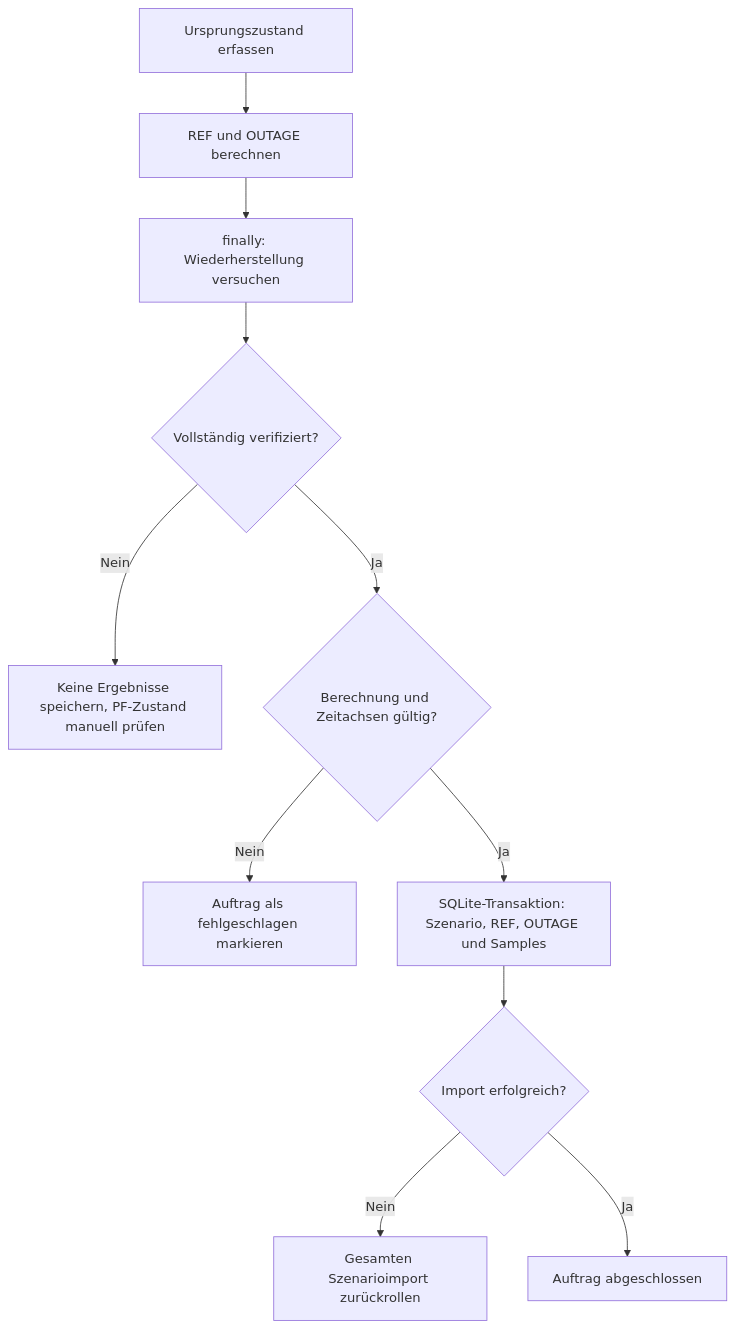
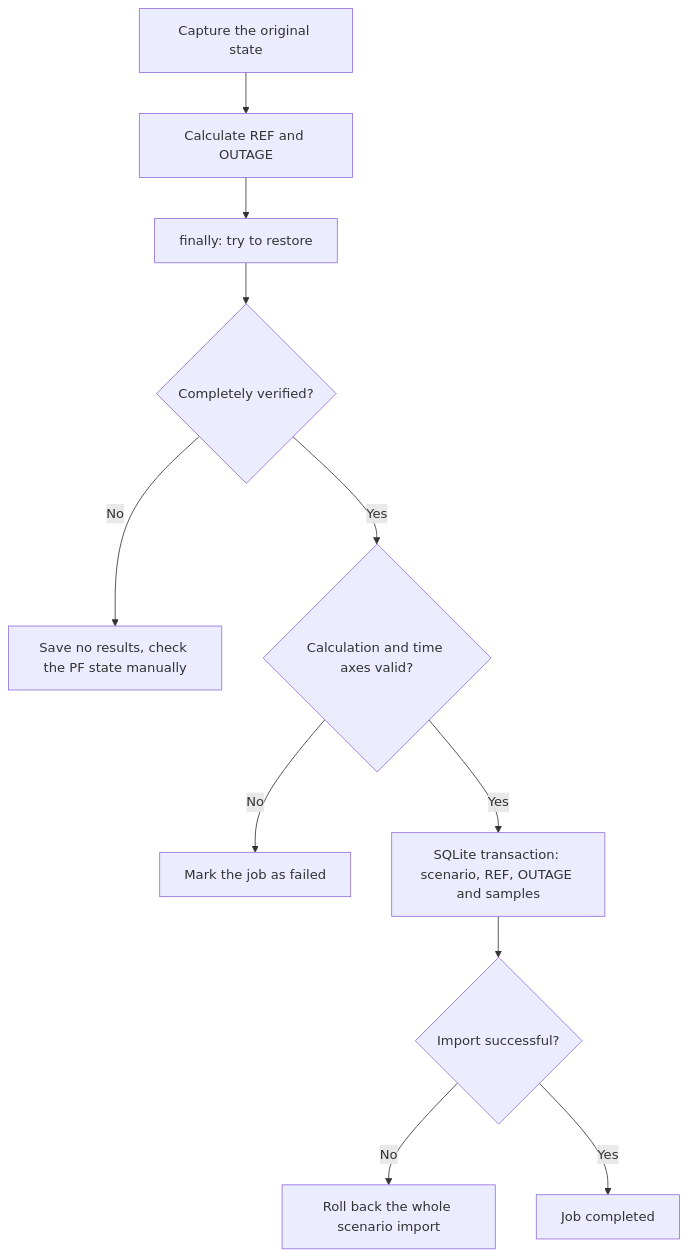
The fourth of 11 diagrams in BIG_PICTURE.md (hadiibrahim-Engin/nahriva-grid-analysis), drawn with Mermaid before and after one commit. The commit also changed other lines of this file and 186 other files, not shown here.

````diff
--- a/BIG_PICTURE.md
+++ b/BIG_PICTURE.md
@@ -125,13 +116,13 @@
 ```mermaid
 flowchart TD
-    Capture[Ursprungszustand erfassen] --> Run[REF und OUTAGE berechnen]
-    Run --> Finally[finally: Wiederherstellung versuchen]
-    Finally --> Restore{Vollständig verifiziert?}
-    Restore -->|Nein| Reject[Keine Ergebnisse speichern, PF-Zustand manuell prüfen]
-    Restore -->|Ja| CalcOK{Berechnung und Zeitachsen gültig?}
-    CalcOK -->|Nein| Failed[Auftrag als fehlgeschlagen markieren]
-    CalcOK -->|Ja| Tx[SQLite-Transaktion: Szenario, REF, OUTAGE und Samples]
-    Tx --> DBOK{Import erfolgreich?}
-    DBOK -->|Nein| Rollback[Gesamten Szenarioimport zurückrollen]
-    DBOK -->|Ja| Done[Auftrag abgeschlossen]
+    Capture[Capture the original state] --> Run[Calculate REF and OUTAGE]
+    Run --> Finally[finally: try to restore]
+    Finally --> Restore{Completely verified?}
+    Restore -->|No| Reject[Save no results, check the PF state manually]
+    Restore -->|Yes| CalcOK{Calculation and time axes valid?}
+    CalcOK -->|No| Failed[Mark the job as failed]
+    CalcOK -->|Yes| Tx[SQLite transaction: scenario, REF, OUTAGE and samples]
+    Tx --> DBOK{Import successful?}
+    DBOK -->|No| Rollback[Roll back the whole scenario import]
+    DBOK -->|Yes| Done[Job completed]
 ```
````
